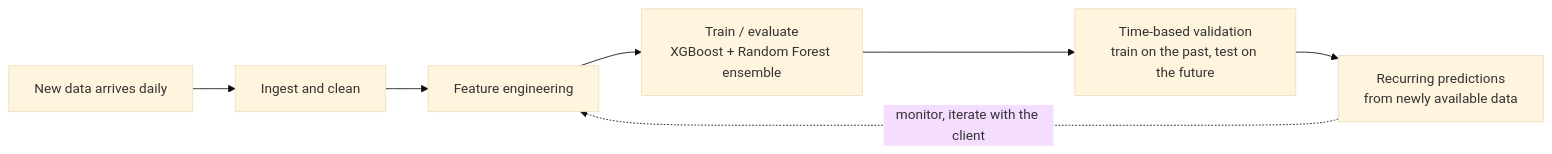
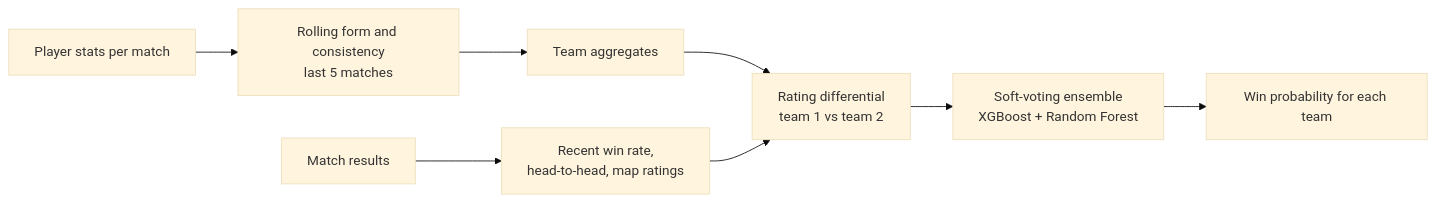
Before and after one commit to AmineBenz0/ai-systems-showcase: the first of 2 diagrams in ml-and-data/README.md, drawn with Mermaid (base theme). The commit also changed other lines of this file, not shown here.

Commit message:
ML page: describe the CS:GO match predictor and its limits

````diff
--- a/ml-and-data/README.md
+++ b/ml-and-data/README.md
@@ -17,9 +17,10 @@
 ```mermaid
 flowchart LR
-    A["New data arrives daily"] --> B["Ingest and clean"]
-    B --> C["Feature engineering"]
-    C --> D["Train / evaluate<br/>XGBoost + Random Forest ensemble"]
-    D --> E["Time-based validation<br/>train on the past, test on the future"]
-    E --> F["Recurring predictions<br/>from newly available data"]
-    F -.->|monitor, iterate with the client| C
+    P["Player stats per match"] --> F1["Rolling form and consistency<br/>last 5 matches"]
+    F1 --> T["Team aggregates"]
+    R["Match results"] --> W["Recent win rate,<br/>head-to-head, map ratings"]
+    T --> X["Rating differential<br/>team 1 vs team 2"]
+    W --> X
+    X --> M["Soft-voting ensemble<br/>XGBoost + Random Forest"]
+    M --> O["Win probability for each team"]
 ```
````
